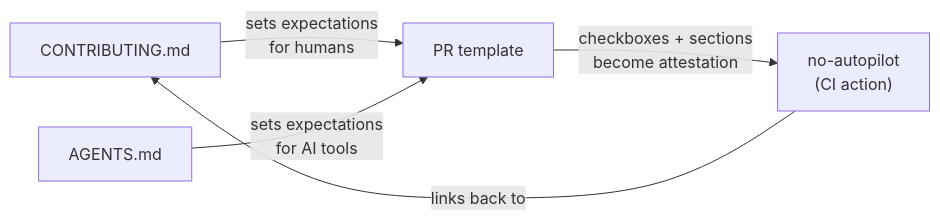
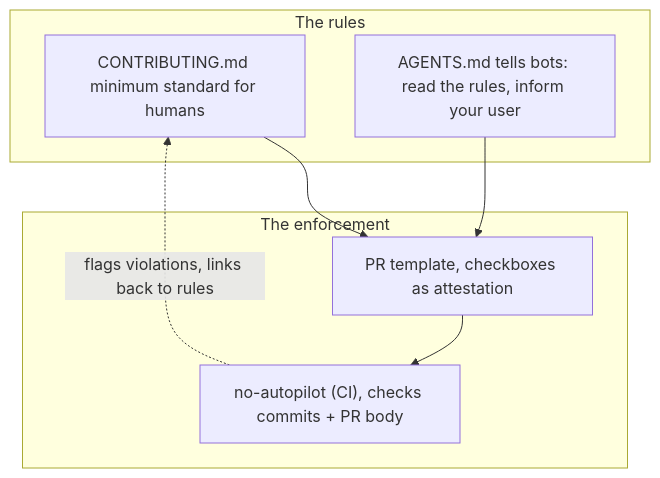
Before and after one commit to eljojo/no-autopilot: the diagram in README.md, drawn with Mermaid. The commit also changed other lines of this file, not shown here.

Commit message:
Update READE, link to correct images, re-design diagram

````diff
--- a/README.md
+++ b/README.md
@@ -9,7 +11,15 @@
 ```mermaid
-graph LR
-    C[CONTRIBUTING.md] -->|"sets expectations<br/>for humans"| T[PR template]
-    A[AGENTS.md] -->|"sets expectations<br/>for AI tools"| T
-    T -->|"checkboxes + sections<br/>become attestation"| N["no-autopilot<br/>(CI action)"]
-    N -->|"links back to"| C
+flowchart TD
+    subgraph rules["The rules"]
+        C["CONTRIBUTING.md minimum standard for humans"]
+        A["AGENTS.md tells bots: read the rules, inform your user"]
+    end
+    subgraph enforcement["The enforcement"]
+        T["PR template, checkboxes as attestation"]
+        N["no-autopilot (CI), checks commits + PR body"]
+    end
+    C --> T
+    A --> T
+    T --> N
+    N -.->|"flags violations, links back to rules"| C
 ```
````
